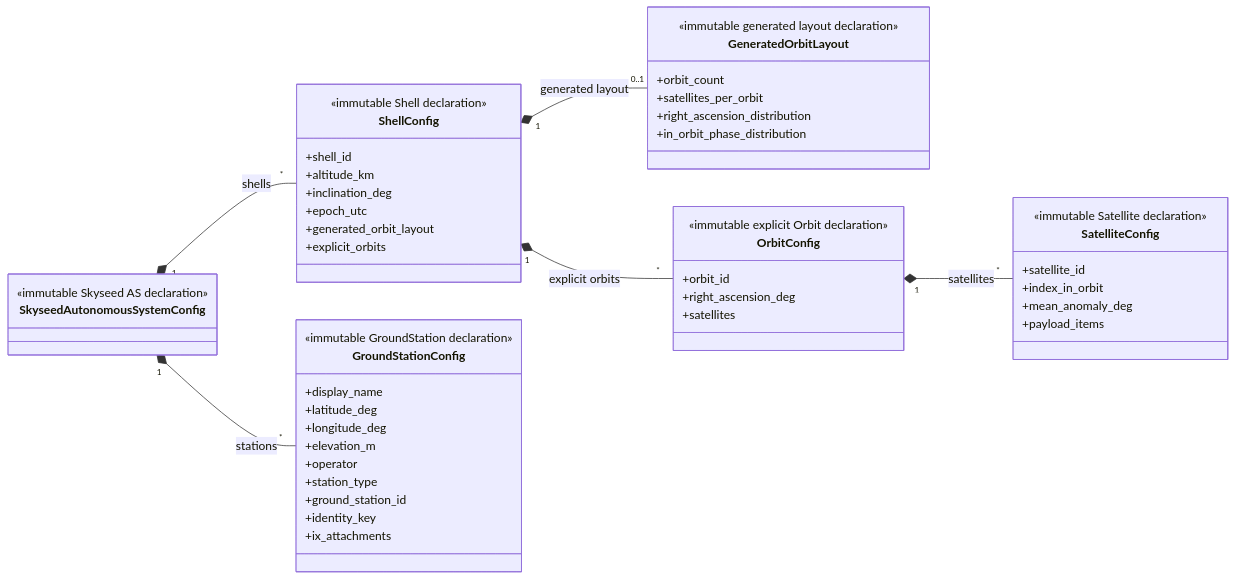
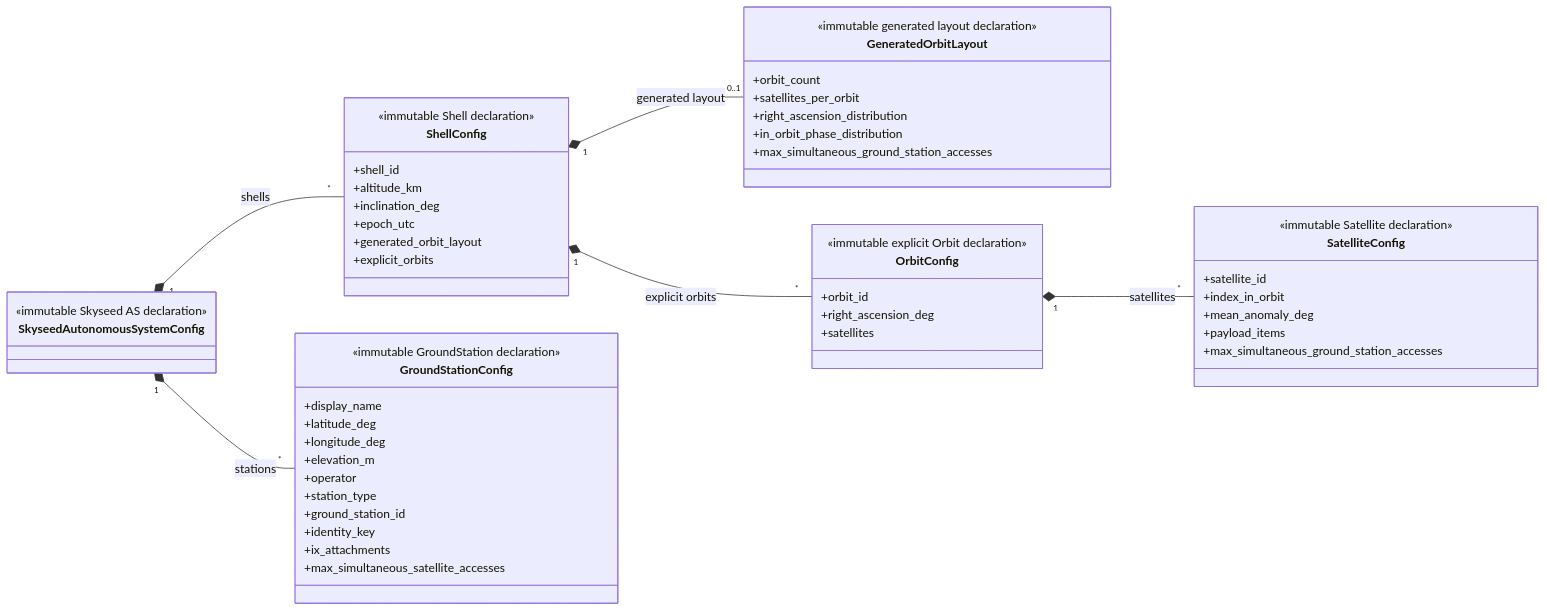
Before and after one commit to seed-labs/skyseed: the third of 5 diagrams in skyseed_v2/src/skyseed_v2/configuration/emulator/README.md, drawn with Mermaid. The commit also changed other lines of this file and 124 other files, not shown here.

````diff
--- a/skyseed_v2/src/skyseed_v2/configuration/emulator/README.md
+++ b/skyseed_v2/src/skyseed_v2/configuration/emulator/README.md
@@ -79,53 +79,56 @@
 ```mermaid
 classDiagram
     direction LR
     class SkyseedAutonomousSystemConfig {
         <<immutable Skyseed AS declaration>>
     }
     class ShellConfig {
         <<immutable Shell declaration>>
         +shell_id
         +altitude_km
         +inclination_deg
         +epoch_utc
         +generated_orbit_layout
         +explicit_orbits
     }
     class GroundStationConfig {
         <<immutable GroundStation declaration>>
         +display_name
         +latitude_deg
         +longitude_deg
         +elevation_m
         +operator
         +station_type
         +ground_station_id
         +identity_key
         +ix_attachments
+        +max_simultaneous_satellite_accesses
     }
     class GeneratedOrbitLayout {
         <<immutable generated layout declaration>>
         +orbit_count
         +satellites_per_orbit
         +right_ascension_distribution
         +in_orbit_phase_distribution
+        +max_simultaneous_ground_station_accesses
     }
     class OrbitConfig {
         <<immutable explicit Orbit declaration>>
         +orbit_id
         +right_ascension_deg
         +satellites
     }
     class SatelliteConfig {
         <<immutable Satellite declaration>>
         +satellite_id
         +index_in_orbit
         +mean_anomaly_deg
         +payload_items
+        +max_simultaneous_ground_station_accesses
     }
     SkyseedAutonomousSystemConfig "1" *-- "*" ShellConfig : shells
     SkyseedAutonomousSystemConfig "1" *-- "*" GroundStationConfig : stations
     ShellConfig "1" *-- "0..1" GeneratedOrbitLayout : generated layout
     ShellConfig "1" *-- "*" OrbitConfig : explicit orbits
     OrbitConfig "1" *-- "*" SatelliteConfig : satellites
 ```
````
